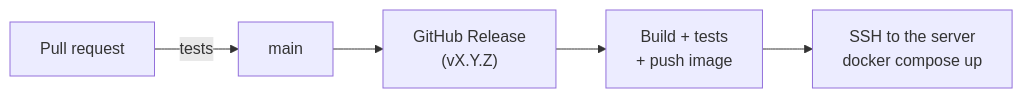
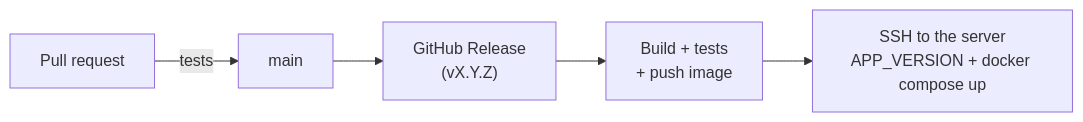
One commit to mendevz/Acxess changed the second of 2 diagrams in docs/infrastructure.md. Above: the diagram before and after it, drawn with Mermaid. The commit also changed other lines of this file and 7 other files, not shown here.

````diff
--- a/docs/infrastructure.md
+++ b/docs/infrastructure.md
@@ -52,7 +59,7 @@
 ```mermaid
 flowchart LR
     pr["Pull request"] -->|tests| main["main"]
     main --> release["GitHub Release<br/>(vX.Y.Z)"]
     release --> build["Build + tests<br/>+ push image"]
-    build --> deploy["SSH to the server<br/>docker compose up"]
+    build --> deploy["SSH to the server<br/>APP_VERSION + docker compose up"]
 ```
````
